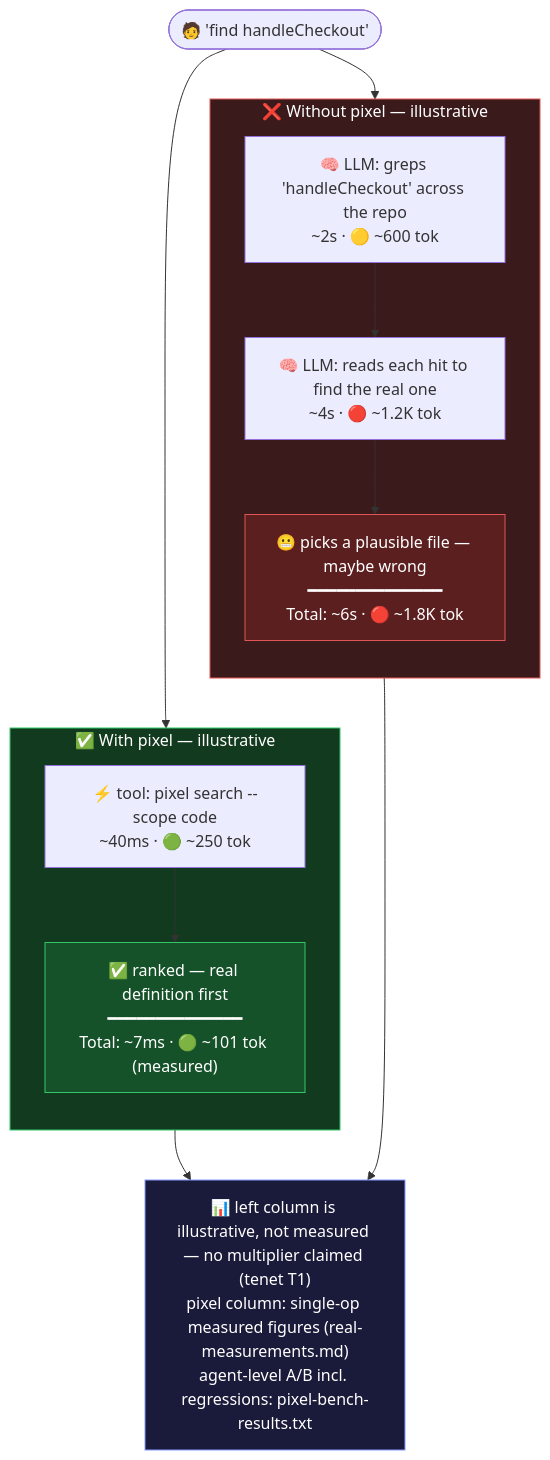
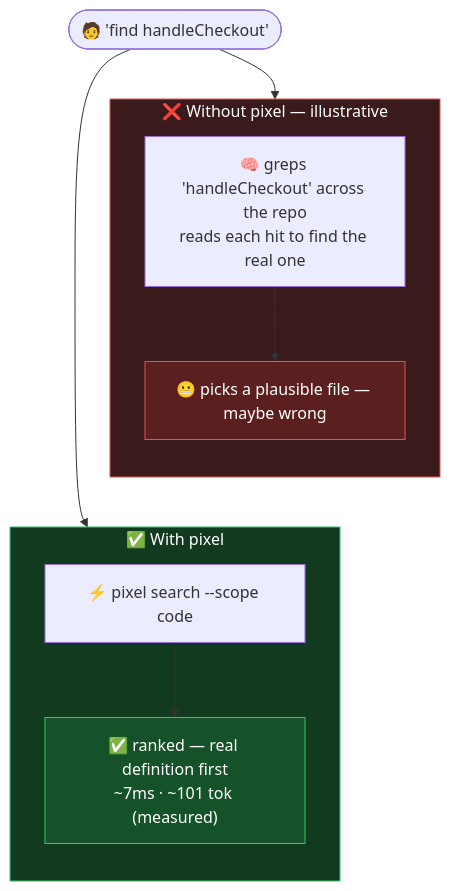
One commit to Pixel-CLI/pixel changed the diagram in docs/examples/05-search-ranked.mmd. Above: the diagram before and after it, drawn with Mermaid. The commit also changed 21 other files, not shown here.

Commit message:
docs: condense README, add origin story, refresh diagrams

```diff
--- a/docs/examples/05-search-ranked.mmd
+++ b/docs/examples/05-search-ranked.mmd
@@ -1,29 +1,21 @@
 flowchart TD
     Ask(["🧑 'find handleCheckout'"])
     Ask --> w1
     Ask --> p1
     w1 ~~~ p1
 
     subgraph W ["❌ Without pixel — illustrative"]
         direction TB
-        w1["🧠 LLM: greps 'handleCheckout' across the repo<br/>~2s · 🟡 ~600 tok"] --> w2
-        w2["🧠 LLM: reads each hit to find the real one<br/>~4s · 🔴 ~1.2K tok"]
-        w2 --> w5["😬 picks a plausible file — maybe wrong<br/>━━━━━━━━━━━━━━<br/>Total: ~6s · 🔴 ~1.8K tok"]
+        w1["🧠 greps 'handleCheckout' across the repo<br/>reads each hit to find the real one"] --> w5["😬 picks a plausible file — maybe wrong"]
     end
 
-    subgraph P ["✅ With pixel — illustrative"]
+    subgraph P ["✅ With pixel"]
         direction TB
-        p1["⚡ tool: pixel search --scope code<br/>~40ms · 🟢 ~250 tok"]
-        p1 --> p3["✅ ranked — real definition first<br/>━━━━━━━━━━━━━━<br/>Total: ~7ms · 🟢 ~101 tok (measured)"]
+        p1["⚡ pixel search --scope code"] --> p3["✅ ranked — real definition first<br/>~7ms · ~101 tok (measured)"]
     end
-
-    w5 --> Recap
-    p3 --> Recap
-    Recap["📊 left column is illustrative, not measured — no multiplier claimed (tenet T1)<br/>pixel column: single-op measured figures (real-measurements.md)<br/>agent-level A/B incl. regressions: pixel-bench-results.txt"]
 
     style W fill:#3a1a1a,stroke:#e05555,color:#fff
     style P fill:#123a1e,stroke:#33c76a,color:#fff
     style w5 fill:#5c1f1f,stroke:#e05555,color:#fff
     style p3 fill:#155229,stroke:#33c76a,color:#fff
-    style Recap fill:#1a1a3a,stroke:#8899ff,color:#fff
     linkStyle 2 stroke-width:0px
```
